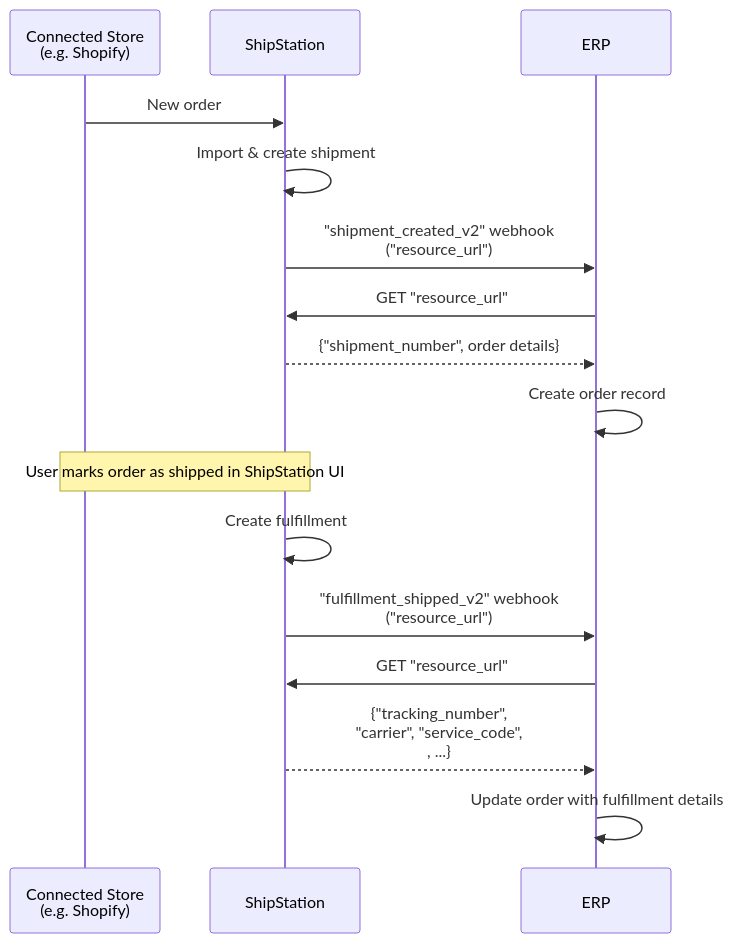
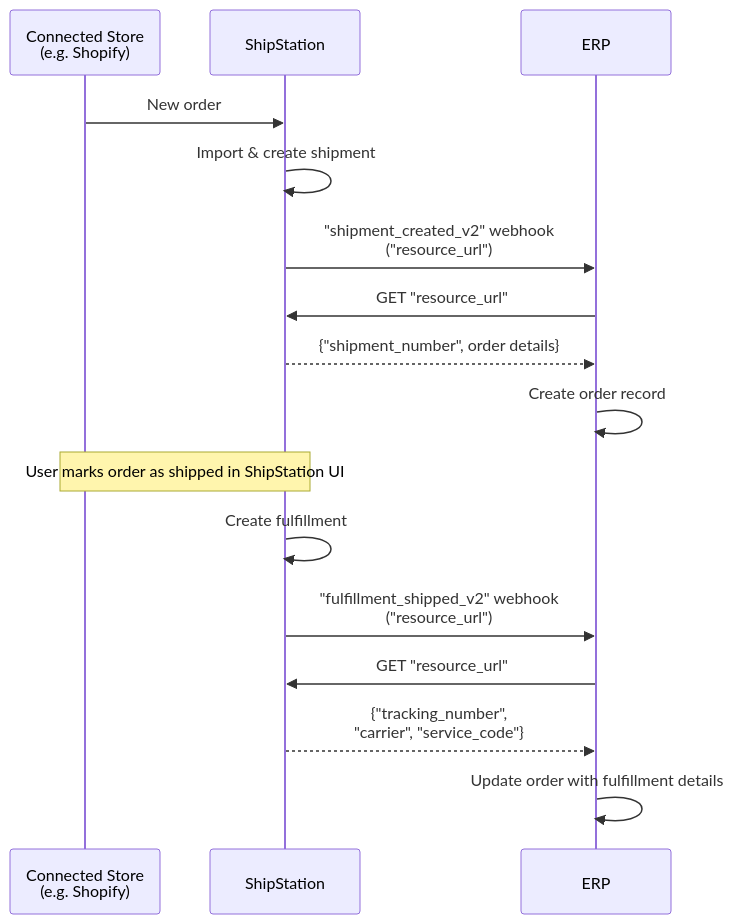
One commit to pmcgee-personal/shipstation-integration-toolkit changed the diagram in patterns/erp-sync-mark-as-shipped.md. Above: the diagram before and after it, drawn with Mermaid. The commit also changed 1 other file, not shown here.

Commit message:
update: pattern formatting

````diff
--- a/patterns/erp-sync-mark-as-shipped.md
+++ b/patterns/erp-sync-mark-as-shipped.md
@@ -9,22 +9,22 @@
 ```mermaid
 sequenceDiagram
     participant Store as Connected Store<br/>(e.g. Shopify)
     participant SS as ShipStation
     participant ERP as ERP
 
     Store->>SS: New order
     SS->>SS: Import & create shipment
 
     SS->>ERP: "shipment_created_v2" webhook<br/>("resource_url")
     ERP->>SS: GET "resource_url"
     SS-->>ERP: {"shipment_number", order details}
     ERP->>ERP: Create order record
 
     Note over SS,Store: User marks order as shipped in ShipStation UI
     SS->>SS: Create fulfillment
     SS->>ERP: "fulfillment_shipped_v2" webhook<br/>("resource_url")
 
     ERP->>SS: GET "resource_url"
-    SS-->>ERP: {"tracking_number",<br/>"carrier", "service_code",<br/>, ...}
+    SS-->>ERP: {"tracking_number",<br/>"carrier", "service_code"}
     ERP->>ERP: Update order with fulfillment details
 ```
````
